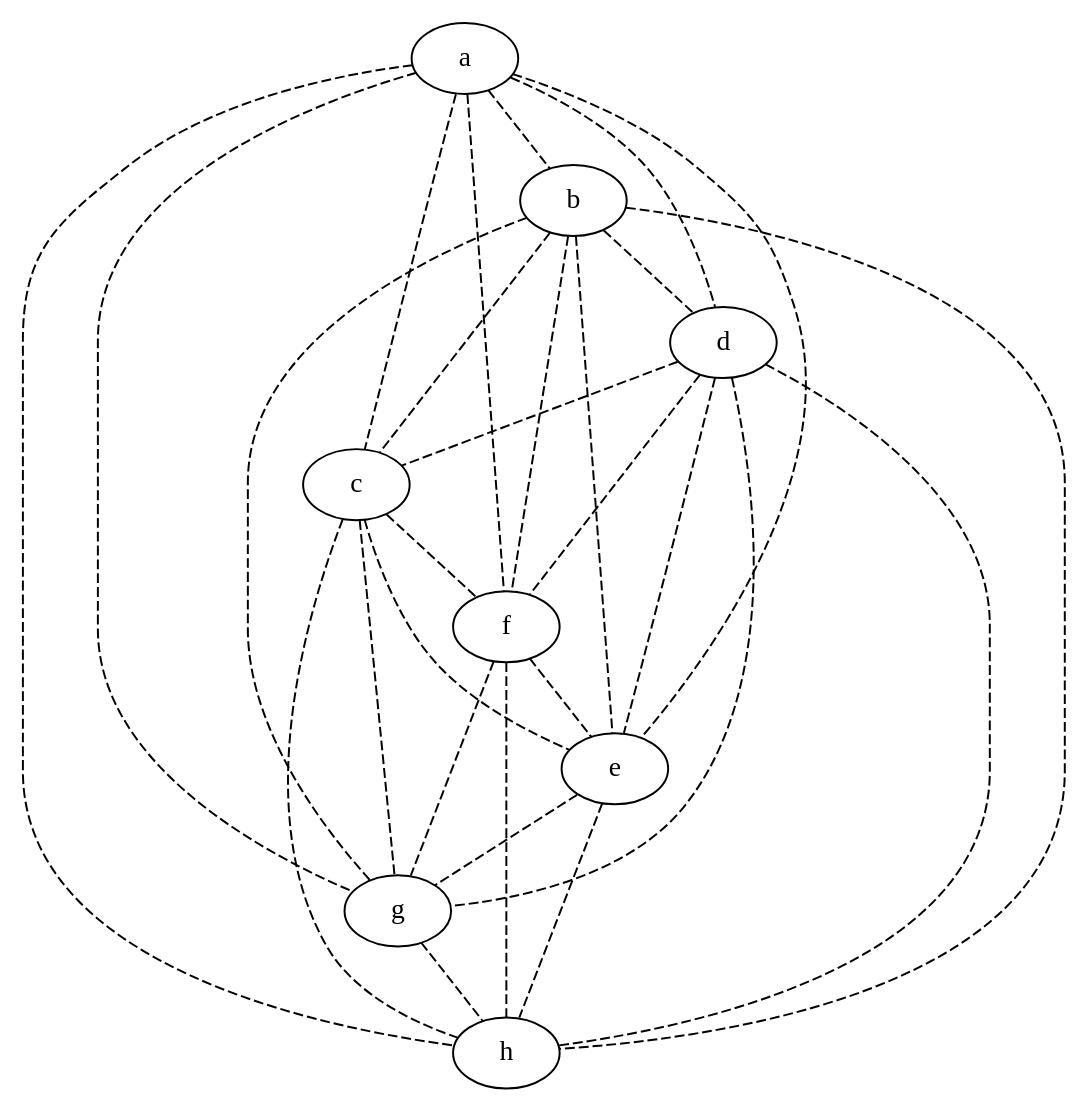
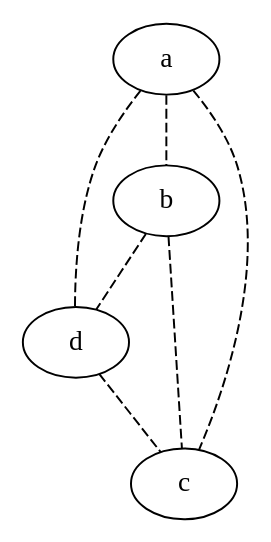
The diagram in src/extension/initMultiGraph.dot (lrodrin/TFG), drawn with Graphviz before and after one commit. The commit also changed 9 other files, not shown here.

```diff
--- a/src/extension/initMultiGraph.dot
+++ b/src/extension/initMultiGraph.dot
@@ -1,38 +1,12 @@
 strict graph "" {
 a;
 b;
 d;
 c;
-f;
-e;
-g;
-h;
 a -- b  [color=black, style=dashed];
 a -- d  [color=black, style=dashed];
 a -- c  [color=black, style=dashed];
-a -- f  [color=black, style=dashed];
-a -- e  [color=black, style=dashed];
-a -- g  [color=black, style=dashed];
-a -- h  [color=black, style=dashed];
 b -- d  [color=black, style=dashed];
 b -- c  [color=black, style=dashed];
-b -- f  [color=black, style=dashed];
-b -- e  [color=black, style=dashed];
-b -- g  [color=black, style=dashed];
-b -- h  [color=black, style=dashed];
 d -- c  [color=black, style=dashed];
-d -- f  [color=black, style=dashed];
-d -- e  [color=black, style=dashed];
-d -- g  [color=black, style=dashed];
-d -- h  [color=black, style=dashed];
-c -- f  [color=black, style=dashed];
-c -- e  [color=black, style=dashed];
-c -- g  [color=black, style=dashed];
-c -- h  [color=black, style=dashed];
-f -- e  [color=black, style=dashed];
-f -- g  [color=black, style=dashed];
-f -- h  [color=black, style=dashed];
-e -- g  [color=black, style=dashed];
-e -- h  [color=black, style=dashed];
-g -- h  [color=black, style=dashed];
 }
```
